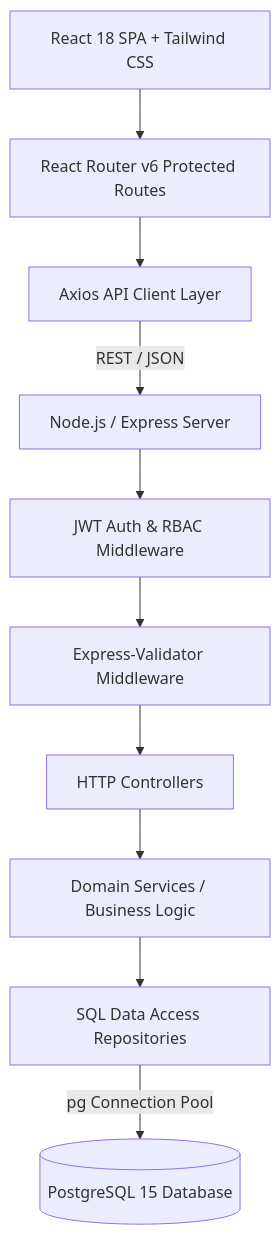
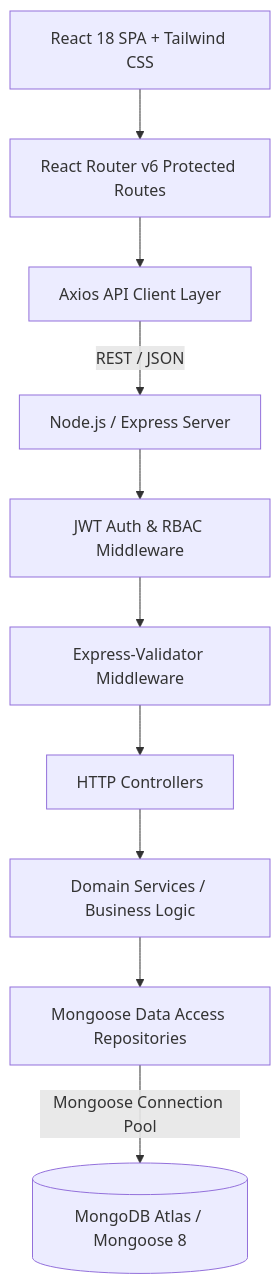
The diagram in docs/architecture.md (MrGuptaRanjit/joineazy-task-1), drawn with Mermaid before and after one commit. The commit also changed other lines of this file and 39 other files, not shown here.

Commit message:
feat(migration): complete migration from PostgreSQL/PERN to full MERN stack (MongoDB + Mongoose, Express, React, Node.js)

````diff
--- a/docs/architecture.md
+++ b/docs/architecture.md
@@ -9,23 +9,23 @@
 ```mermaid
 graph TD
     Client[React 18 SPA + Tailwind CSS]
     Router[React Router v6 Protected Routes]
     ServiceLayer[Axios API Client Layer]
     Express[Node.js / Express Server]
     AuthGuard[JWT Auth & RBAC Middleware]
     Validator[Express-Validator Middleware]
     Controller[HTTP Controllers]
     Service[Domain Services / Business Logic]
-    Repository[SQL Data Access Repositories]
-    Postgres[(PostgreSQL 15 Database)]
+    Repository[Mongoose Data Access Repositories]
+    MongoDB[(MongoDB Atlas / Mongoose 8)]
 
     Client --> Router
     Router --> ServiceLayer
     ServiceLayer -->|REST / JSON| Express
     Express --> AuthGuard
     AuthGuard --> Validator
     Validator --> Controller
     Controller --> Service
     Service --> Repository
-    Repository -->|pg Connection Pool| Postgres
+    Repository -->|Mongoose Connection Pool| MongoDB
 ```
````
